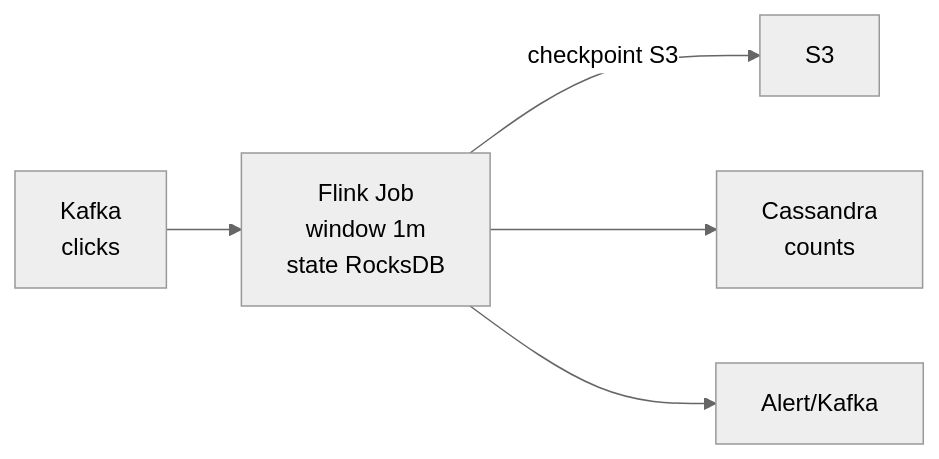
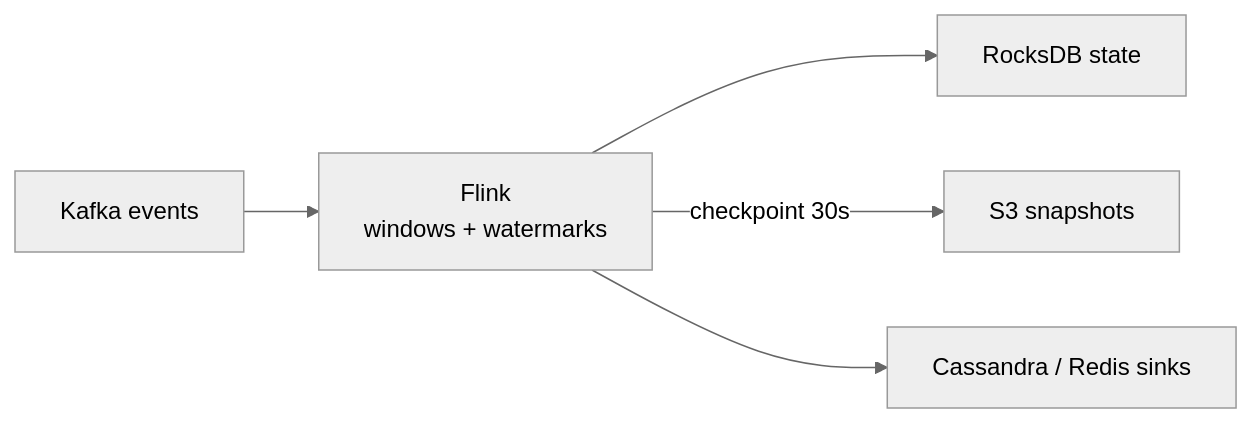
One commit to rakshitagarwal/champ-dsa changed the diagram in content/system-design/flink.md. Above: the diagram before and after it, drawn with Mermaid (neutral theme). The commit also changed other lines of this file and 100 other files, not shown here.

````diff
--- a/content/system-design/flink.md
+++ b/content/system-design/flink.md
@@ -27,7 +20,7 @@
 ```mermaid
 graph LR
-    A[Kafka<br/>clicks] --> B[Flink Job<br/>window 1m<br/>state RocksDB]
-    B -->|checkpoint S3| C[S3]
-    B --> D[Cassandra<br/>counts]
-    B --> E[Alert/Kafka]
+    A[Kafka events] --> B[Flink<br/>windows + watermarks]
+    B --> C[RocksDB state]
+    B -->|checkpoint 30s| D[S3 snapshots]
+    B --> E[Cassandra / Redis sinks]
 ```
````
